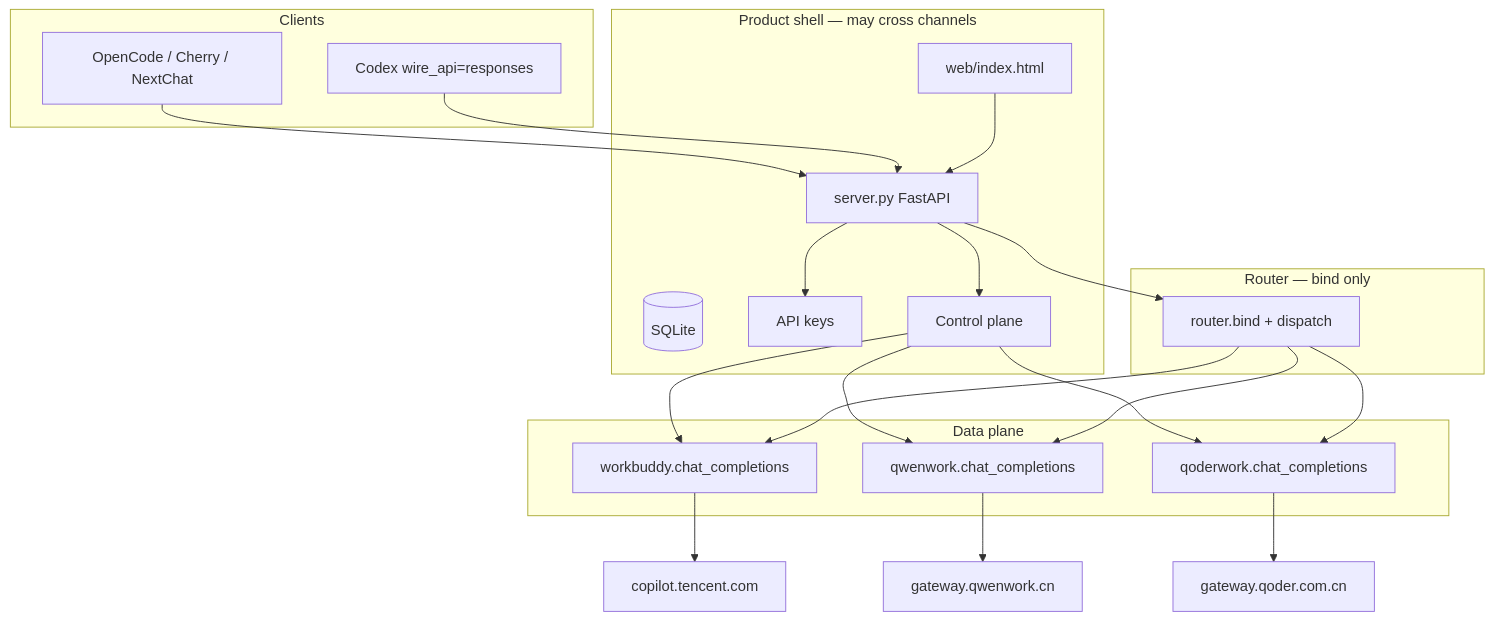
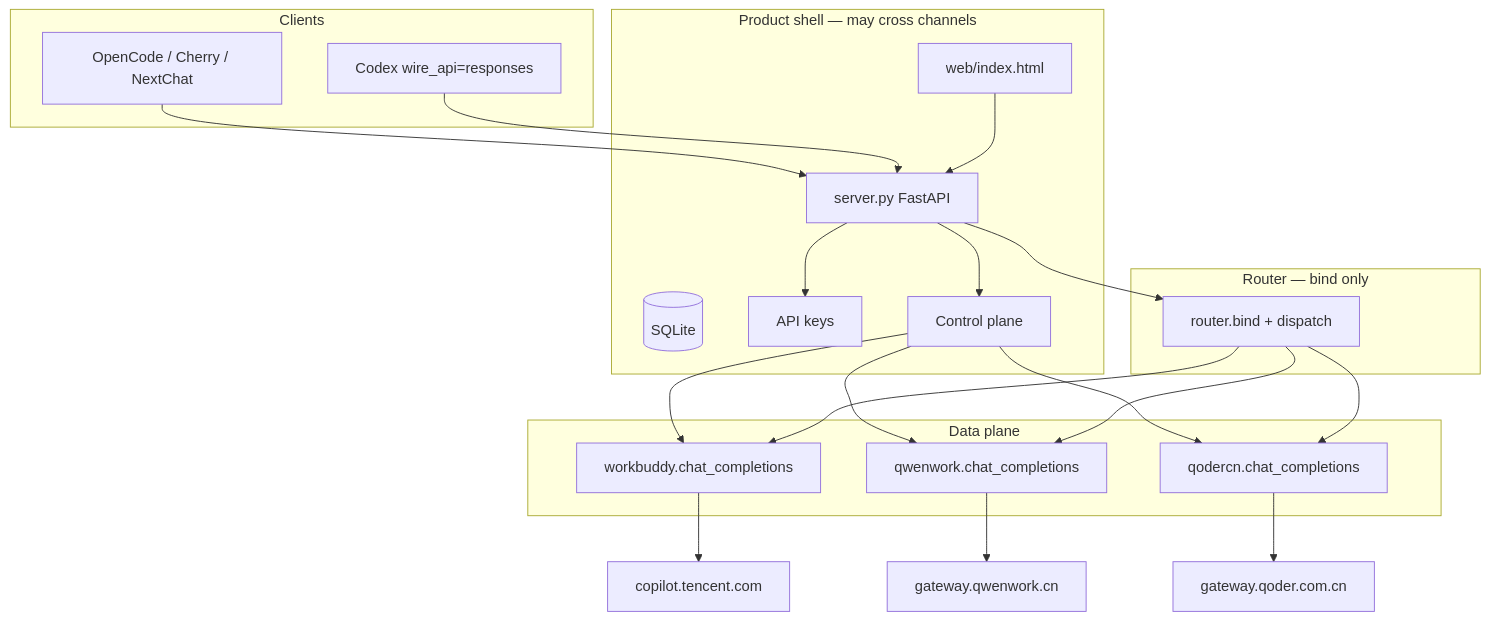
The first of 3 diagrams in docs/design/multi-channel-v2.md (lannntuuu/Buddy2api), drawn with Mermaid before and after one commit. The commit also changed other lines of this file and 17 other files, not shown here.

First line of the commit message:
feat(qodercn): 新增 Qoder CN 通道（免费档 Qwen3.8-Flash），移除 qoderwork 占位

````diff
--- a/docs/design/multi-channel-v2.md
+++ b/docs/design/multi-channel-v2.md
@@ -265,41 +266,41 @@
 ```mermaid
 flowchart TB
     subgraph clients [Clients]
         OC[OpenCode / Cherry / NextChat]
         CX[Codex wire_api=responses]
     end
 
     subgraph shell [Product shell — may cross channels]
         UI[web/index.html]
         SRV[server.py FastAPI]
         DB[(SQLite)]
         KEYS[API keys]
         CTRL[Control plane]
     end
 
     subgraph router [Router — bind only]
         R["router.bind + dispatch"]
     end
 
     subgraph providers [Data plane]
         WB["workbuddy.chat_completions"]
         QW["qwenwork.chat_completions"]
-        QD["qoderwork.chat_completions"]
+        QD["qodercn.chat_completions"]
     end
 
     OC --> SRV
     CX --> SRV
     UI --> SRV
     SRV --> KEYS
     SRV --> CTRL
     CTRL --> WB
     CTRL --> QW
     CTRL --> QD
     SRV --> R
     R --> WB
     R --> QW
     R --> QD
     WB --> T[copilot.tencent.com]
     QW --> GQ[gateway.qwenwork.cn]
     QD --> GO[gateway.qoder.com.cn]
 ```
````
